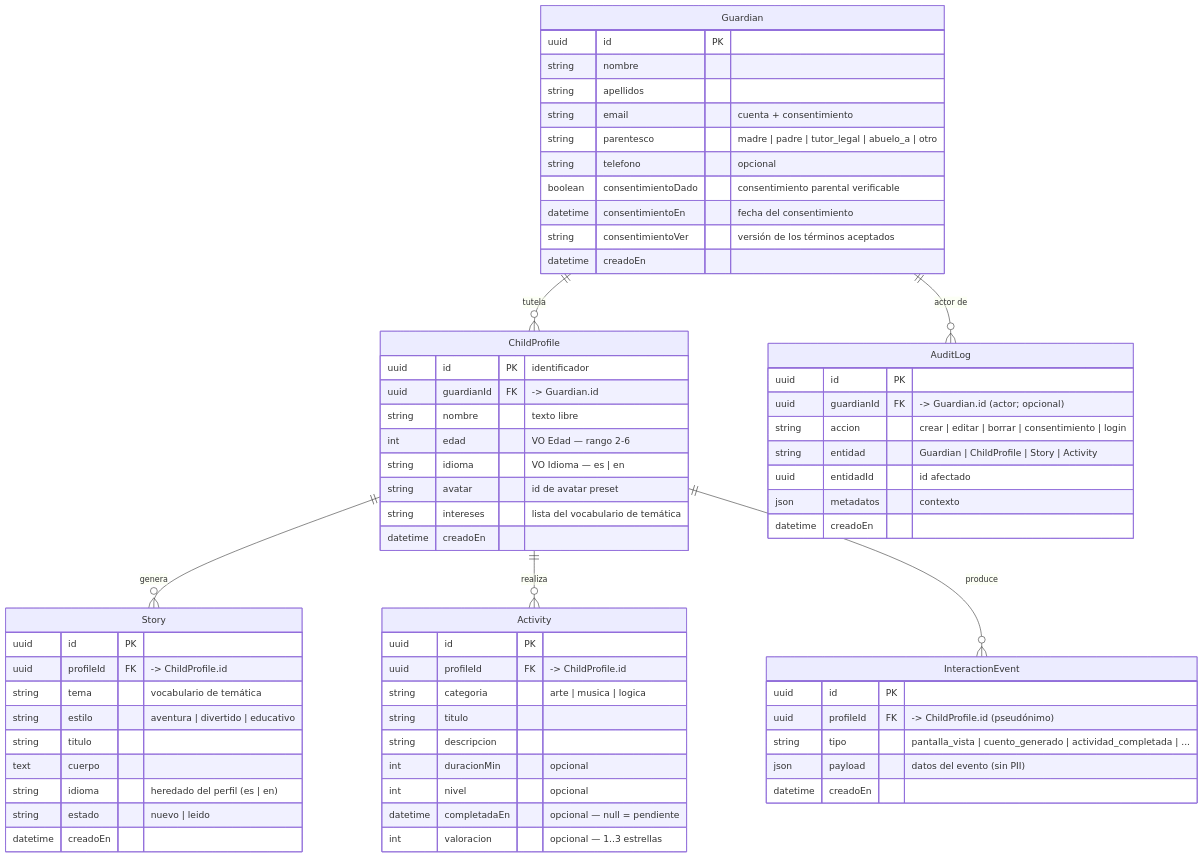
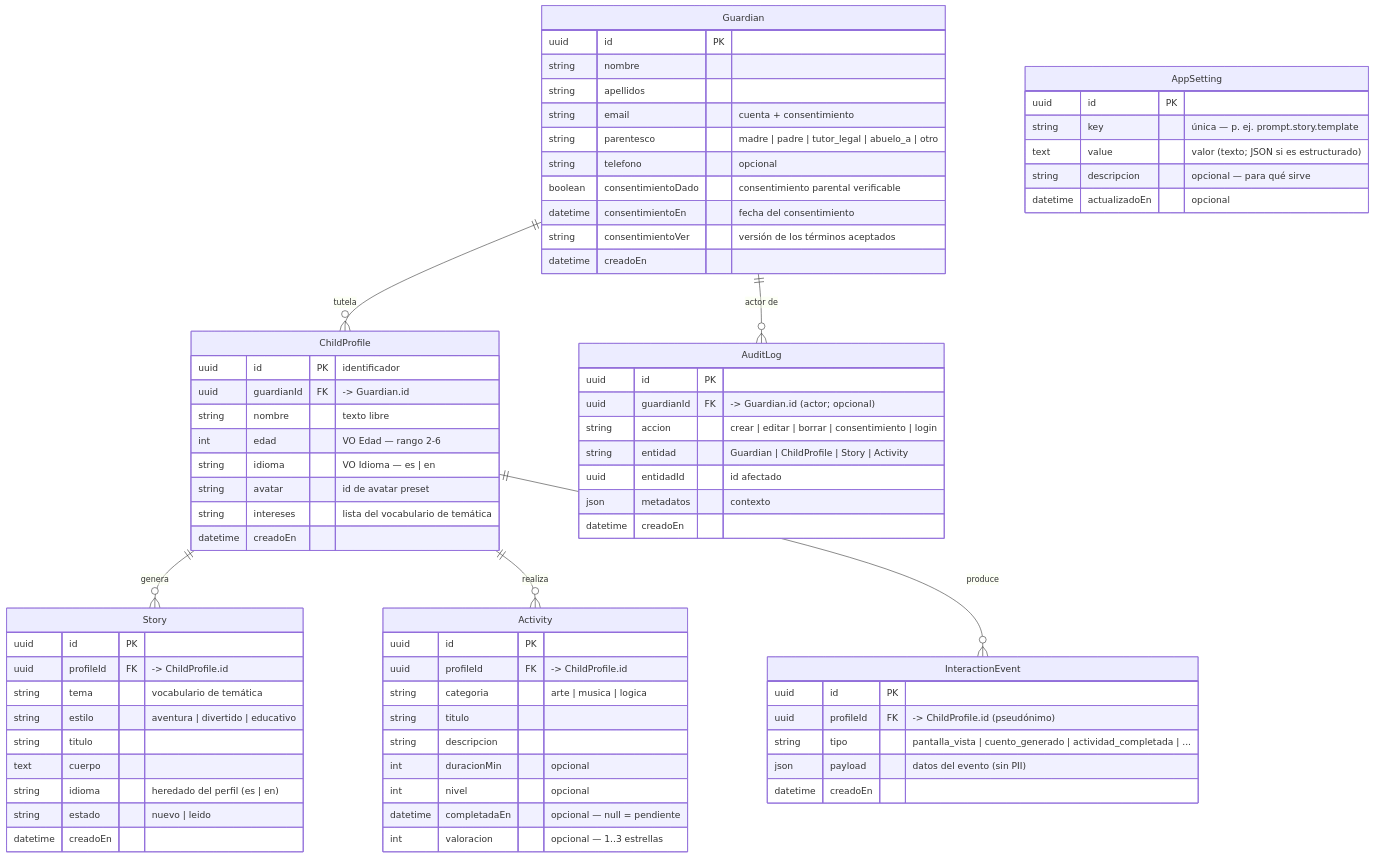
Before and after one commit to Mithor86-2/magyblobapp: the diagram in Docs/modelo-datos.md, drawn with Mermaid. The commit also changed other lines of this file and 3 other files, not shown here.

First line of the commit message:
docs: añade tabla AppSetting (configuración clave-valor)

````diff
--- a/Docs/modelo-datos.md
+++ b/Docs/modelo-datos.md
@@ -14,74 +14,82 @@
 ```mermaid
 erDiagram
     Guardian     ||--o{ ChildProfile : "tutela"
     ChildProfile ||--o{ Story : "genera"
     ChildProfile ||--o{ Activity : "realiza"
     ChildProfile ||--o{ InteractionEvent : "produce"
     Guardian     ||--o{ AuditLog : "actor de"
 
     Guardian {
         uuid     id                  PK
         string   nombre
         string   apellidos
         string   email               "cuenta + consentimiento"
         string   parentesco          "madre | padre | tutor_legal | abuelo_a | otro"
         string   telefono            "opcional"
         boolean  consentimientoDado  "consentimiento parental verificable"
         datetime consentimientoEn    "fecha del consentimiento"
         string   consentimientoVer   "versión de los términos aceptados"
         datetime creadoEn
     }
 
     ChildProfile {
         uuid     id            PK "identificador"
         uuid     guardianId    FK "-> Guardian.id"
         string   nombre        "texto libre"
         int      edad          "VO Edad — rango 2-6"
         string   idioma        "VO Idioma — es | en"
         string   avatar        "id de avatar preset"
         string   intereses     "lista del vocabulario de temática"
         datetime creadoEn
     }
 
     Story {
         uuid     id        PK
         uuid     profileId FK "-> ChildProfile.id"
         string   tema      "vocabulario de temática"
         string   estilo    "aventura | divertido | educativo"
         string   titulo
         text     cuerpo
         string   idioma    "heredado del perfil (es | en)"
         string   estado    "nuevo | leido"
         datetime creadoEn
     }
 
     Activity {
         uuid     id          PK
         uuid     profileId   FK "-> ChildProfile.id"
         string   categoria   "arte | musica | logica"
         string   titulo
         string   descripcion
         int      duracionMin "opcional"
         int      nivel       "opcional"
         datetime completadaEn "opcional — null = pendiente"
         int      valoracion  "opcional — 1..3 estrellas"
     }
 
     InteractionEvent {
         uuid     id        PK
         uuid     profileId FK "-> ChildProfile.id (pseudónimo)"
         string   tipo      "pantalla_vista | cuento_generado | actividad_completada | ..."
         json     payload   "datos del evento (sin PII)"
         datetime creadoEn
     }
 
     AuditLog {
         uuid     id         PK
         uuid     guardianId FK "-> Guardian.id (actor; opcional)"
         string   accion     "crear | editar | borrar | consentimiento | login"
         string   entidad    "Guardian | ChildProfile | Story | Activity"
         uuid     entidadId  "id afectado"
         json     metadatos  "contexto"
         datetime creadoEn
     }
+
+    AppSetting {
+        uuid     id            PK
+        string   key           "única — p. ej. prompt.story.template"
+        text     value         "valor (texto; JSON si es estructurado)"
+        string   descripcion   "opcional — para qué sirve"
+        datetime actualizadoEn "opcional"
+    }
 ```
````
